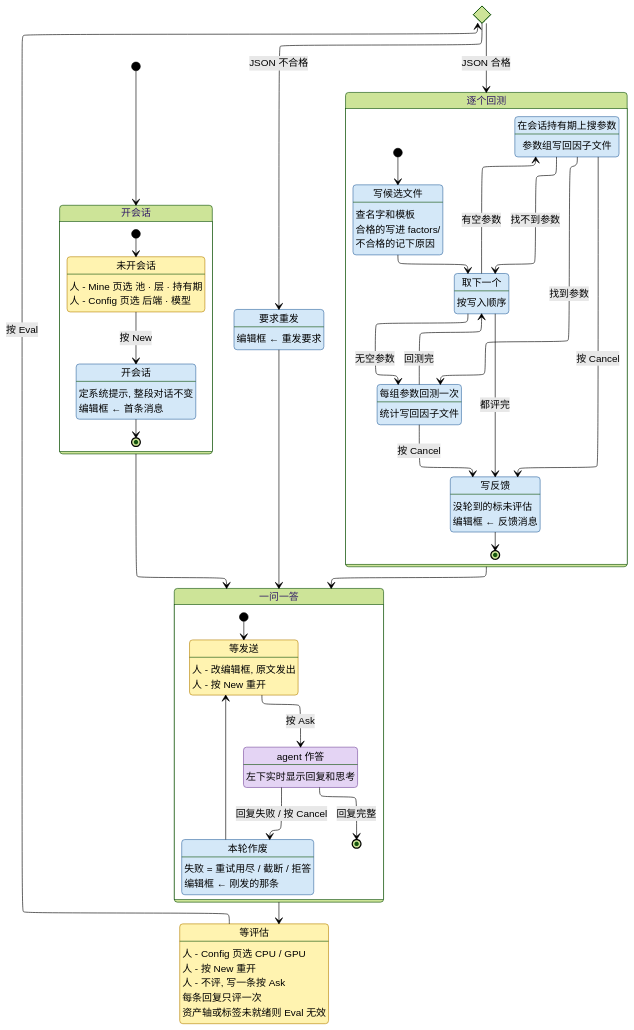
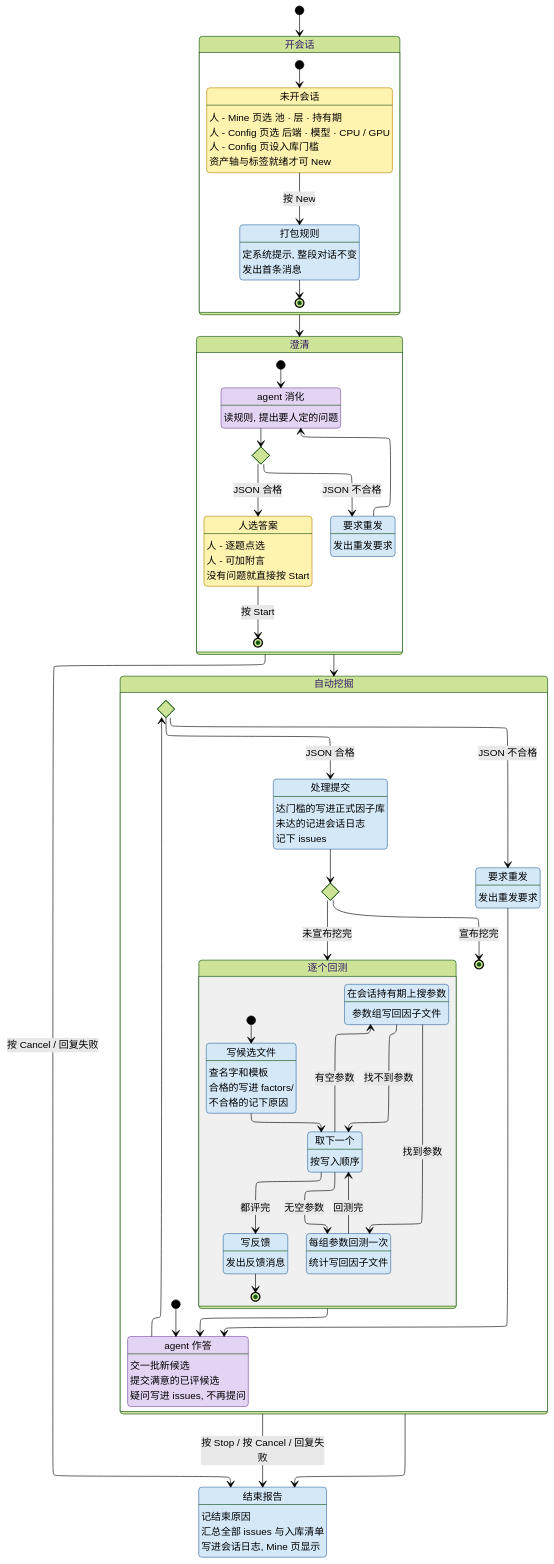
The diagram in AGENT.md (CoCoMilkyWay/stk), drawn with Mermaid (forest theme) before and after one commit. The commit also changed other lines of this file and 11 other files, not shown here.

````diff
--- a/AGENT.md
+++ b/AGENT.md
@@ -37,84 +39,103 @@
     state "开会话" as GOpen {
         state "未开会话" as None
         None : 人 - Mine 页选 池 · 层 · 持有期
-        None : 人 - Config 页选 后端 · 模型
-        state "开会话" as Open
-        Open : 定系统提示, 整段对话不变
-        Open : 编辑框 ← 首条消息
+        None : 人 - Config 页选 后端 · 模型 · CPU / GPU
+        None : 人 - Config 页设入库门槛
+        None : 资产轴与标签就绪才可 New
+        state "打包规则" as Pack
+        Pack : 定系统提示, 整段对话不变
+        Pack : 发出首条消息
 
         [*] --> None
-        None --> Open : 按 New
-        Open --> [*]
+        None --> Pack : 按 New
+        Pack --> [*]
     }
 
-    state "一问一答" as GChat {
-        state "等发送" as Compose
-        Compose : 人 - 改编辑框, 原文发出
-        Compose : 人 - 按 New 重开
-        state "agent 作答" as Asking
-        Asking : 左下实时显示回复和思考
-        state "本轮作废" as Void
-        Void : 失败 = 重试用尽 / 截断 / 拒答
-        Void : 编辑框 ← 刚发的那条
+    state "澄清" as GAsk {
+        state "agent 消化" as Digest
+        Digest : 读规则, 提出要人定的问题
+        state QFormat <<choice>>
+        state "要求重发" as QRetry
+        QRetry : 发出重发要求
+        state "人选答案" as Choose
+        Choose : 人 - 逐题点选
+        Choose : 人 - 可加附言
+        Choose : 没有问题就直接按 Start
 
-        [*] --> Compose
-        Compose --> Asking : 按 Ask
-        Asking --> Void : 回复失败 / 按 Cancel
-        Void --> Compose
-        Asking --> [*] : 回复完整
+        [*] --> Digest
+        Digest --> QFormat
+        QFormat --> QRetry : JSON 不合格
+        QFormat --> Choose : JSON 合格
+        QRetry --> Digest
+        Choose --> [*] : 按 Start
     }
 
-    state "等评估" as Replied
-    Replied : 人 - Config 页选 CPU / GPU
-    Replied : 人 - 按 New 重开
-    Replied : 人 - 不评, 写一条按 Ask
-    Replied : 每条回复只评一次
-    Replied : 资产轴或标签未就绪则 Eval 无效
-    state Format <<choice>>
-    state "要求重发" as Retry
-    Retry : 编辑框 ← 重发要求
+    state "自动挖掘" as GMine {
+        state "agent 作答" as Asking
+        Asking : 交一批新候选
+        Asking : 提交满意的已评候选
+        Asking : 疑问写进 issues, 不再提问
+        state Format <<choice>>
+        state "要求重发" as Retry
+        Retry : 发出重发要求
+        state "处理提交" as Submit
+        Submit : 达门槛的写进正式因子库
+        Submit : 未达的记进会话日志
+        Submit : 记下 issues
+        state Fin <<choice>>
 
-    state "逐个回测" as GEval {
-        state "写候选文件" as Stage
-        Stage : 查名字和模板
-        Stage : 合格的写进 factors/
-        Stage : 不合格的记下原因
-        state "取下一个" as Next
-        Next : 按写入顺序
-        Search : 在会话持有期上搜参数
-        Search : 参数组写回因子文件
-        Run : 每组参数回测一次
-        Run : 统计写回因子文件
-        state "写反馈" as Round
-        Round : 没轮到的标未评估
-        Round : 编辑框 ← 反馈消息
+        state "逐个回测" as GEval {
+            state "写候选文件" as Stage
+            Stage : 查名字和模板
+            Stage : 合格的写进 factors/
+            Stage : 不合格的记下原因
+            state "取下一个" as Next
+            Next : 按写入顺序
+            Search : 在会话持有期上搜参数
+            Search : 参数组写回因子文件
+            Run : 每组参数回测一次
+            Run : 统计写回因子文件
+            state "写反馈" as Round
+            Round : 发出反馈消息
 
-        [*] --> Stage
-        Stage --> Next
-        Next --> Search : 有空参数
-        Next --> Run : 无空参数
-        Search --> Run : 找到参数
-        Search --> Next : 找不到参数
-        Run --> Next : 回测完
-        Next --> Round : 都评完
-        Search --> Round : 按 Cancel
-        Run --> Round : 按 Cancel
-        Round --> [*]
+            [*] --> Stage
+            Stage --> Next
+            Next --> Search : 有空参数
+            Next --> Run : 无空参数
+            Search --> Run : 找到参数
+            Search --> Next : 找不到参数
+            Run --> Next : 回测完
+            Next --> Round : 都评完
+            Round --> [*]
+        }
+
+        [*] --> Asking
+        Asking --> Format
+        Format --> Retry : JSON 不合格
+        Format --> Submit : JSON 合格
+        Retry --> Asking
+        Submit --> Fin
+        Fin --> GEval : 未宣布挖完
+        Fin --> [*] : 宣布挖完
+        GEval --> Asking
     }
 
+    state "结束报告" as Report
+    Report : 记结束原因
+    Report : 汇总全部 issues 与入库清单
+    Report : 写进会话日志, Mine 页显示
+
     [*] --> GOpen
-    GOpen --> GChat
-    GChat --> Replied
-    Replied --> Format : 按 Eval
-    Format --> Retry : JSON 不合格
-    Format --> GEval : JSON 合格
-    Retry --> GChat
-    GEval --> GChat
+    GOpen --> GAsk
+    GAsk --> GMine
+    GMine --> Report
+    GAsk --> Report : 按 Cancel / 回复失败
+    GMine --> Report : 按 Stop / 按 Cancel / 回复失败
 
     classDef human fill:#fff3b0,stroke:#b8860b,color:#000
     classDef agent fill:#e4d4f4,stroke:#7b4fa0,color:#000
     classDef sys fill:#d4e8f8,stroke:#3a6ea5,color:#000
-    class None, Compose, Replied human
-    class Asking agent
-    class Open, Void, Retry, Stage, Next, Search, Run, Round sys
+    class None, Choose human
+    class Digest, Asking agent
+    class Pack, QRetry, Retry, Submit, Stage, Next, Search, Run, Round, Report sys
 ```
````
